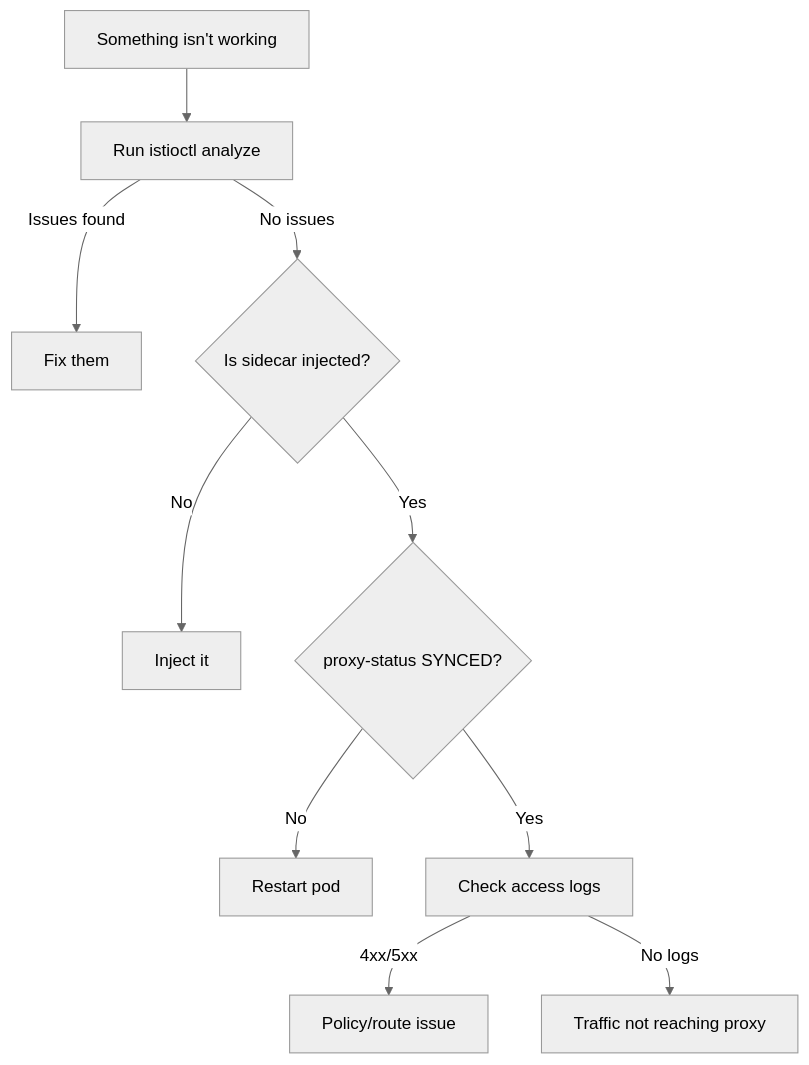
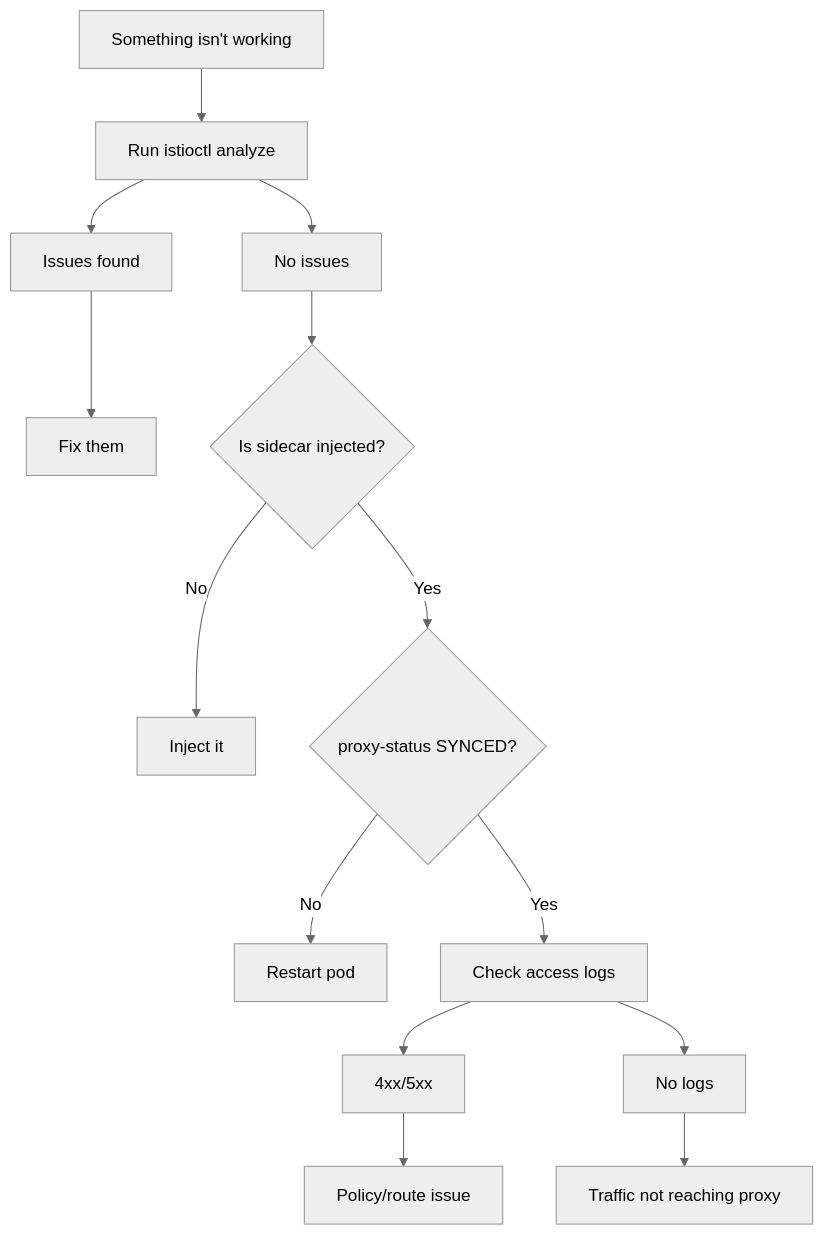
The third of 3 diagrams in src/content/docs/k8s/ica/module-1.3-istio-security-troubleshooting.md (kube-dojo/kube-dojo), drawn with Mermaid (neutral theme) before and after one commit. The commit also changed other lines of this file, not shown here.

````diff
--- a/src/content/docs/k8s/ica/module-1.3-istio-security-troubleshooting.md
+++ b/src/content/docs/k8s/ica/module-1.3-istio-security-troubleshooting.md
@@ -717,12 +719,16 @@
 ```mermaid
 flowchart TD
     Start[Something isn't working] --> Analyze[Run istioctl analyze]
-    Analyze -->|Issues found| Fix[Fix them]
-    Analyze -->|No issues| Sidecar{Is sidecar injected?}
+    Analyze --> Issues[Issues found]
+    Analyze --> NoIssues[No issues]
+    Issues --> Fix[Fix them]
+    NoIssues --> Sidecar{Is sidecar injected?}
     Sidecar -->|No| Inject[Inject it]
     Sidecar -->|Yes| Synced{proxy-status SYNCED?}
     Synced -->|No| Restart[Restart pod]
     Synced -->|Yes| Logs[Check access logs]
-    Logs -->|4xx/5xx| Policy[Policy/route issue]
-    Logs -->|No logs| Traffic[Traffic not reaching proxy]
+    Logs --> 4xx[4xx/5xx]
+    Logs --> NoLogs[No logs]
+    4xx --> Policy[Policy/route issue]
+    NoLogs --> Traffic[Traffic not reaching proxy]
 ```
````
